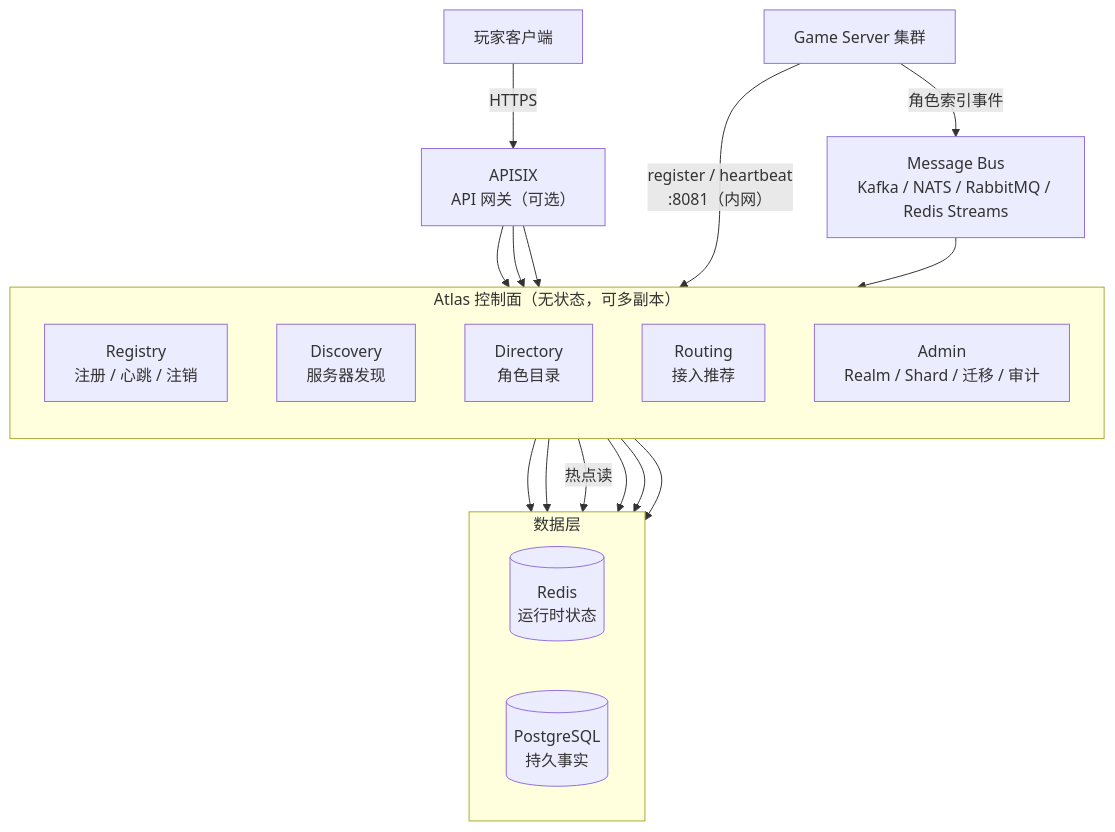
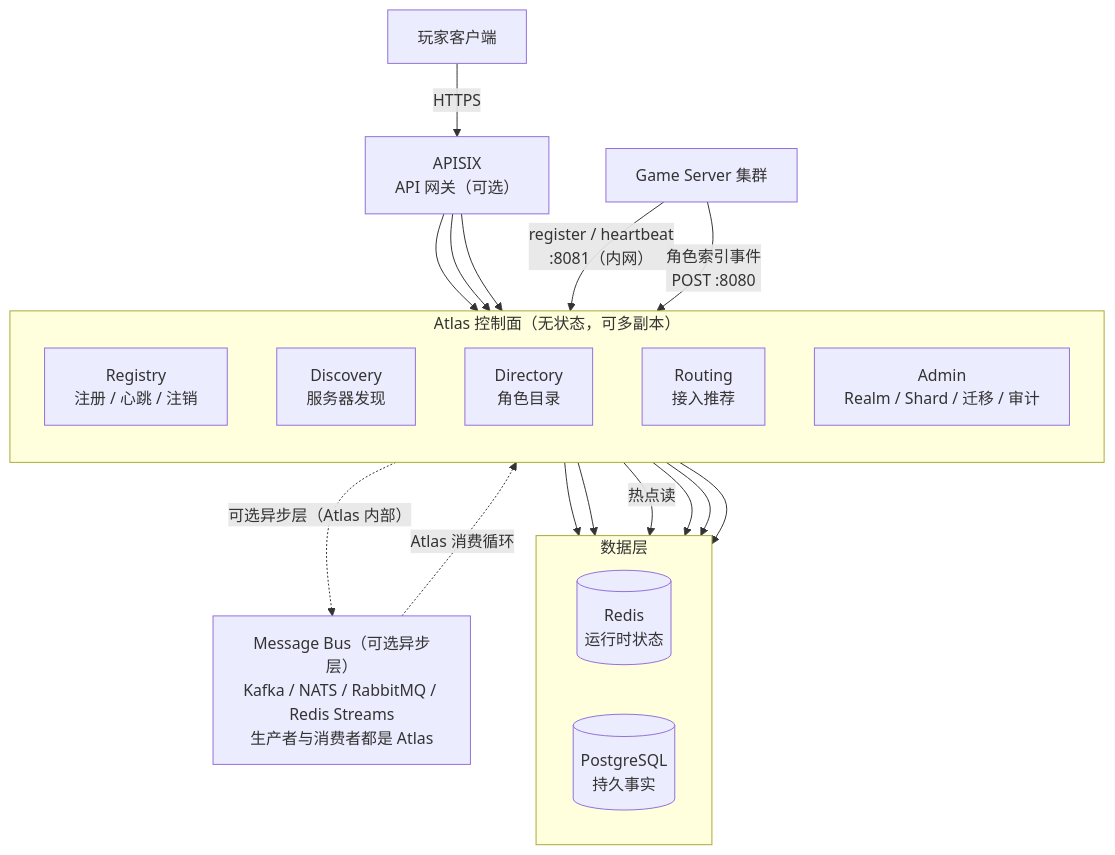
One commit to cuihairu/atlas changed the first of 8 diagrams in docs/architecture.md. Above: the diagram before and after it, drawn with Mermaid. The commit also changed other lines of this file and 5 other files, not shown here.

First line of the commit message:
docs: 修正角色事件流向图 — 写接口是唯一入口,消息队列段在 Atlas 内部,游戏服务器不直连 broker

````diff
--- a/docs/architecture.md
+++ b/docs/architecture.md
@@ -11,31 +11,33 @@
 ```mermaid
 flowchart TB
     Player["玩家客户端"]
     GW["APISIX<br/>API 网关（可选）"]
 
     subgraph atlas["Atlas 控制面（无状态，可多副本）"]
         direction TB
         REG["Registry<br/>注册 / 心跳 / 注销"]
         DISC["Discovery<br/>服务器发现"]
         DIR["Directory<br/>角色目录"]
         ROUT["Routing<br/>接入推荐"]
         ADMIN["Admin<br/>Realm / Shard / 迁移 / 审计"]
     end
 
     subgraph stores["数据层"]
         direction LR
         REDIS[("Redis<br/>运行时状态")]
         PG[("PostgreSQL<br/>持久事实")]
     end
 
     GS["Game Server 集群"]
-    BUS["Message Bus<br/>Kafka / NATS / RabbitMQ / Redis Streams"]
+    BUS["Message Bus（可选异步层）<br/>Kafka / NATS / RabbitMQ / Redis Streams<br/>生产者与消费者都是 Atlas"]
 
     Player -->|HTTPS| GW
     GW --> DISC & DIR & ROUT
     GS -->|"register / heartbeat<br/>:8081（内网）"| REG
-    GS -->|角色索引事件| BUS --> DIR
+    GS -->|"角色索引事件<br/>POST :8080"| DIR
+    DIR -.->|"可选异步层（Atlas 内部）"| BUS
+    BUS -.->|"Atlas 消费循环"| DIR
     REG --> REDIS & PG
     DISC -->|热点读| REDIS
     DIR & ROUT & ADMIN --> PG
 ```
````
